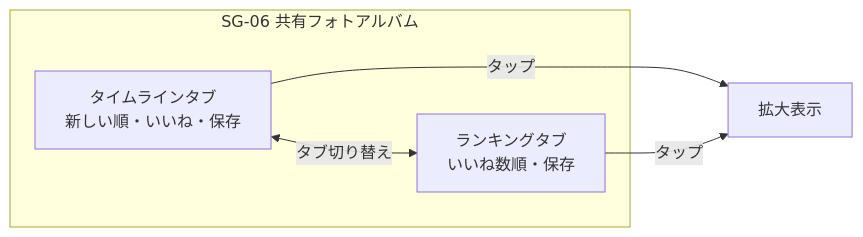
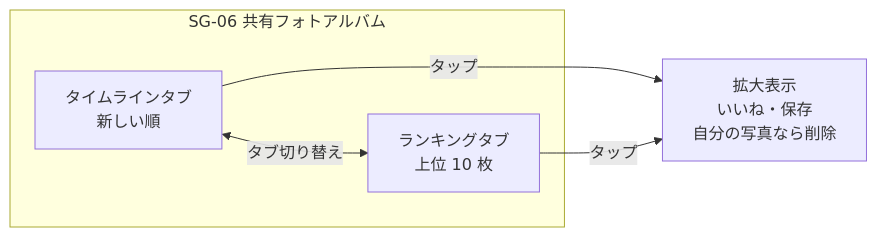
The second of 4 diagrams in docs/design/screens.md (Nagomu0128/would-you-marry.me), drawn with Mermaid before and after one commit. The commit also changed other lines of this file and 12 other files, not shown here.

````diff
--- a/docs/design/screens.md
+++ b/docs/design/screens.md
@@ -42,10 +43,10 @@
 ```mermaid
 flowchart LR
     subgraph SG06[SG-06 共有フォトアルバム]
-        TL[タイムラインタブ<br/>新しい順・いいね・保存]
-        RK[ランキングタブ<br/>いいね数順・保存]
+        TL[タイムラインタブ<br/>新しい順]
+        RK[ランキングタブ<br/>上位 10 枚]
         TL <-->|タブ切り替え| RK
     end
-    TL -->|タップ| ZOOM[拡大表示]
+    TL -->|タップ| ZOOM[拡大表示<br/>いいね・保存<br/>自分の写真なら削除]
     RK -->|タップ| ZOOM
 ```
````
